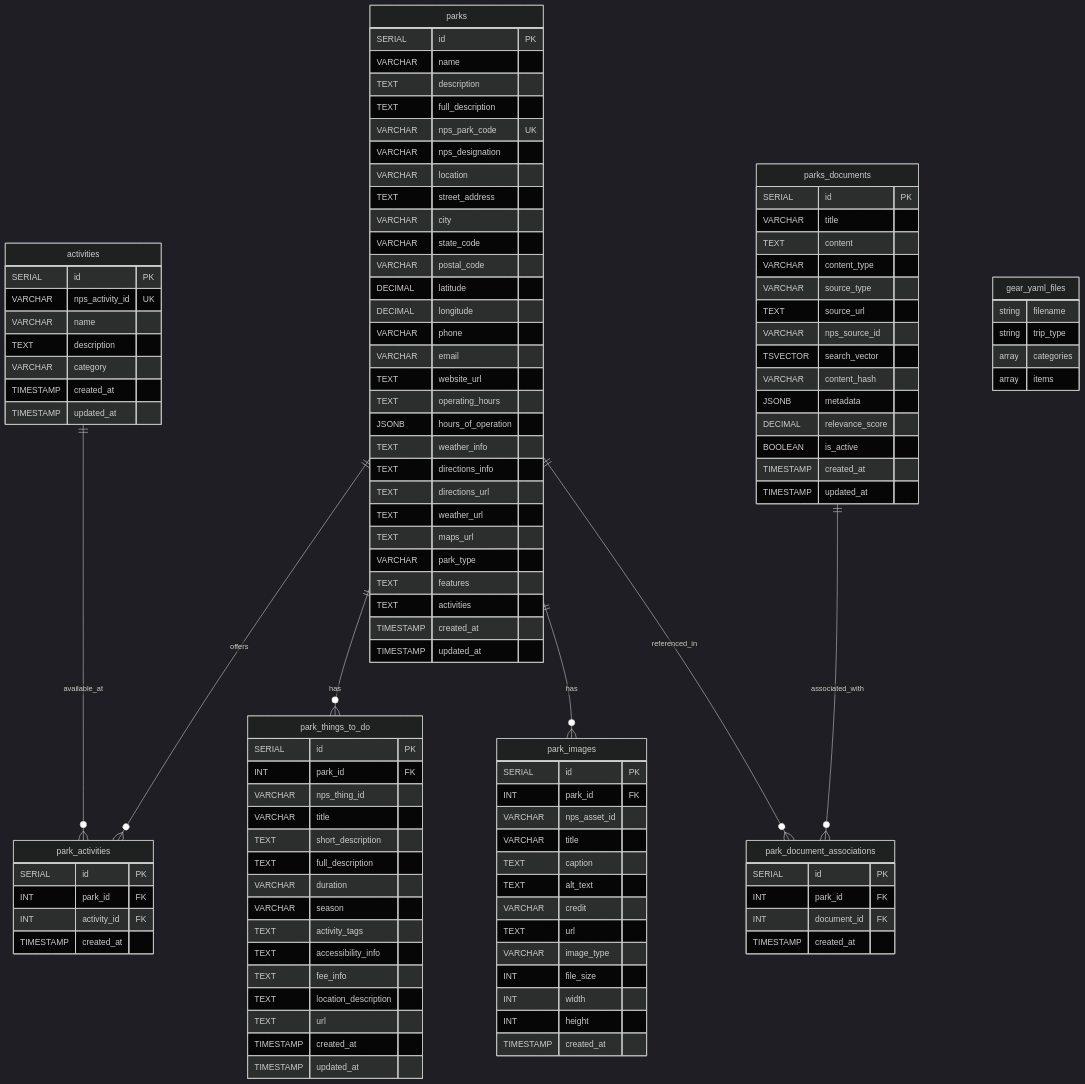
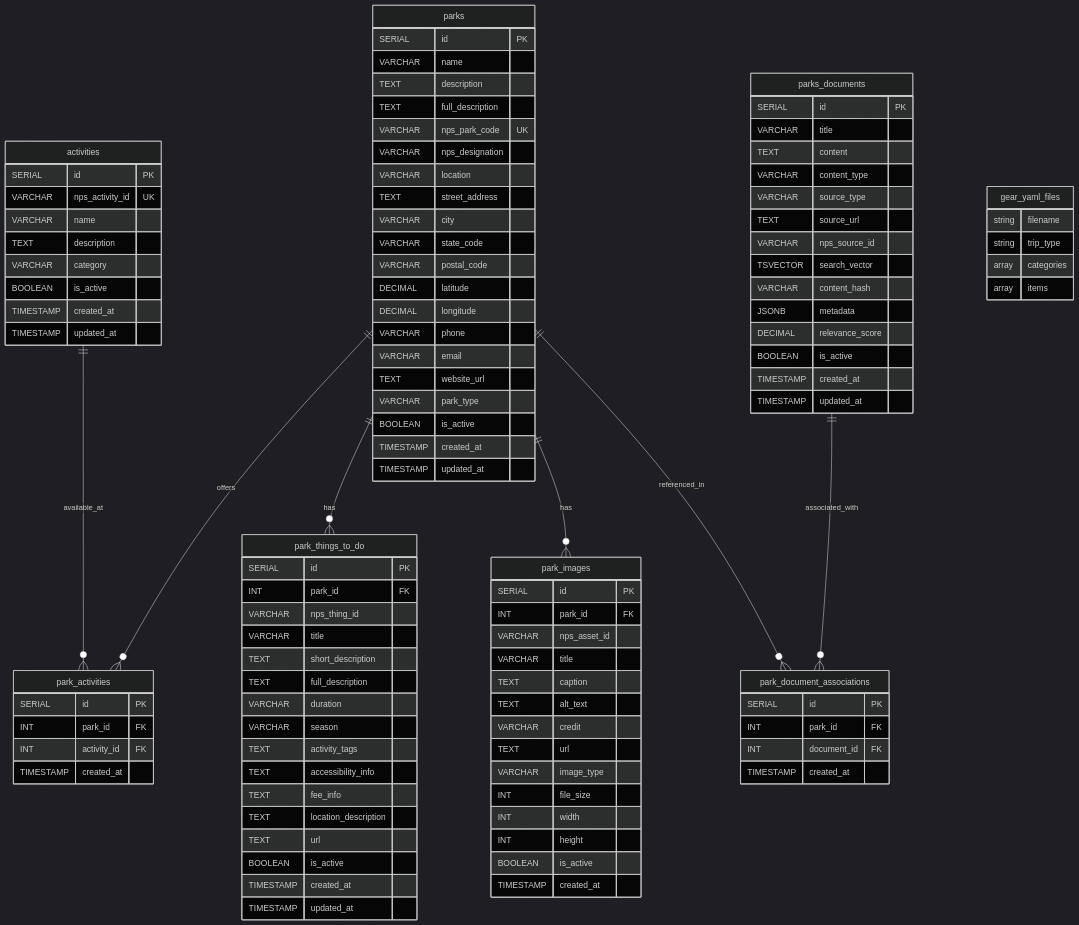
The diagram in docs/database-schema.md (nathangartlan2/tripbuddy), drawn with Mermaid (dark theme) before and after one commit. The commit also changed other lines of this file and 1 other file, not shown here.

Commit message:
still working on postgres

```diff
--- a/docs/database-schema.md
+++ b/docs/database-schema.md
@@ -21,16 +21,8 @@
         VARCHAR phone
         VARCHAR email
         TEXT website_url
-        TEXT operating_hours
-        JSONB hours_of_operation
-        TEXT weather_info
-        TEXT directions_info
-        TEXT directions_url
-        TEXT weather_url
-        TEXT maps_url
         VARCHAR park_type
-        TEXT features
-        TEXT activities
+        BOOLEAN is_active
         TIMESTAMP created_at
         TIMESTAMP updated_at
     }
@@ -41,6 +33,7 @@
         VARCHAR name
         TEXT description
         VARCHAR category
+        BOOLEAN is_active
         TIMESTAMP created_at
         TIMESTAMP updated_at
     }
@@ -66,6 +59,7 @@
         TEXT fee_info
         TEXT location_description
         TEXT url
+        BOOLEAN is_active
         TIMESTAMP created_at
         TIMESTAMP updated_at
     }
@@ -83,6 +77,7 @@
         INT file_size
         INT width
         INT height
+        BOOLEAN is_active
         TIMESTAMP created_at
     }
 
```
